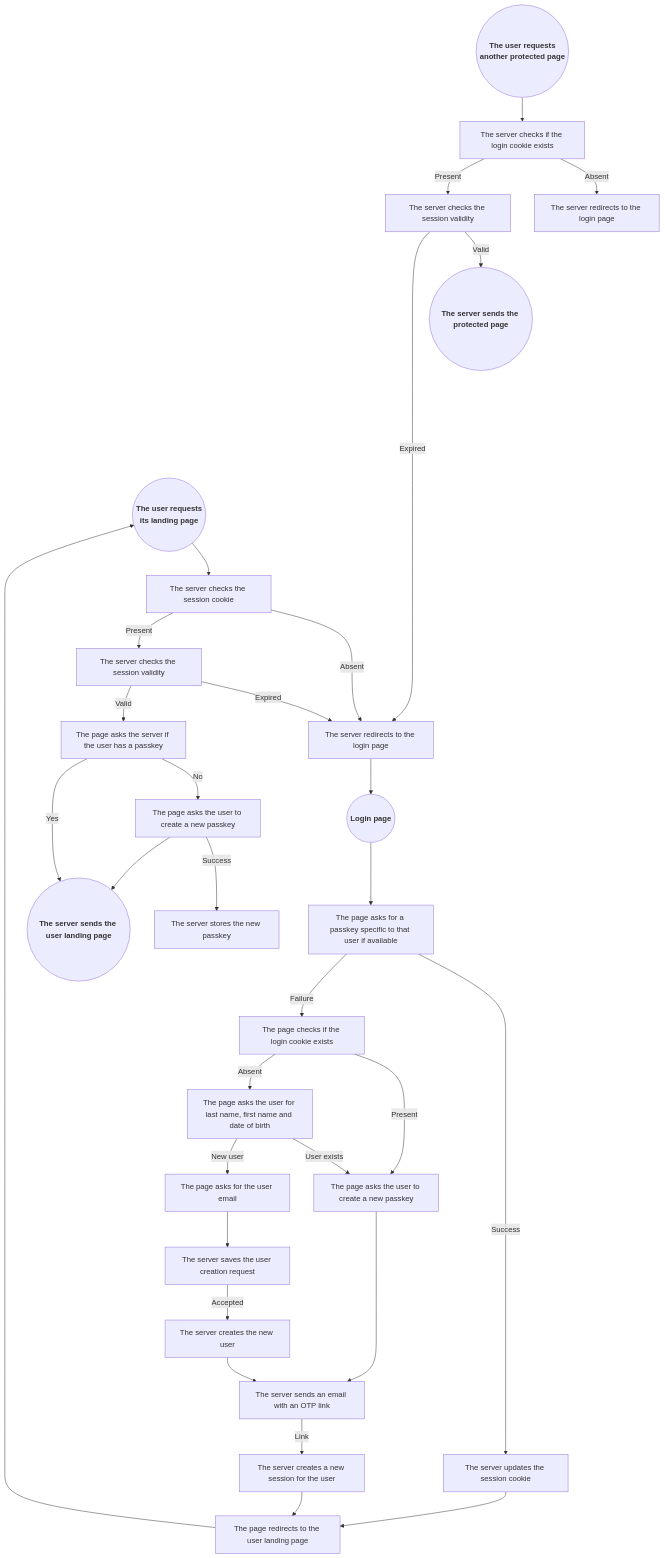
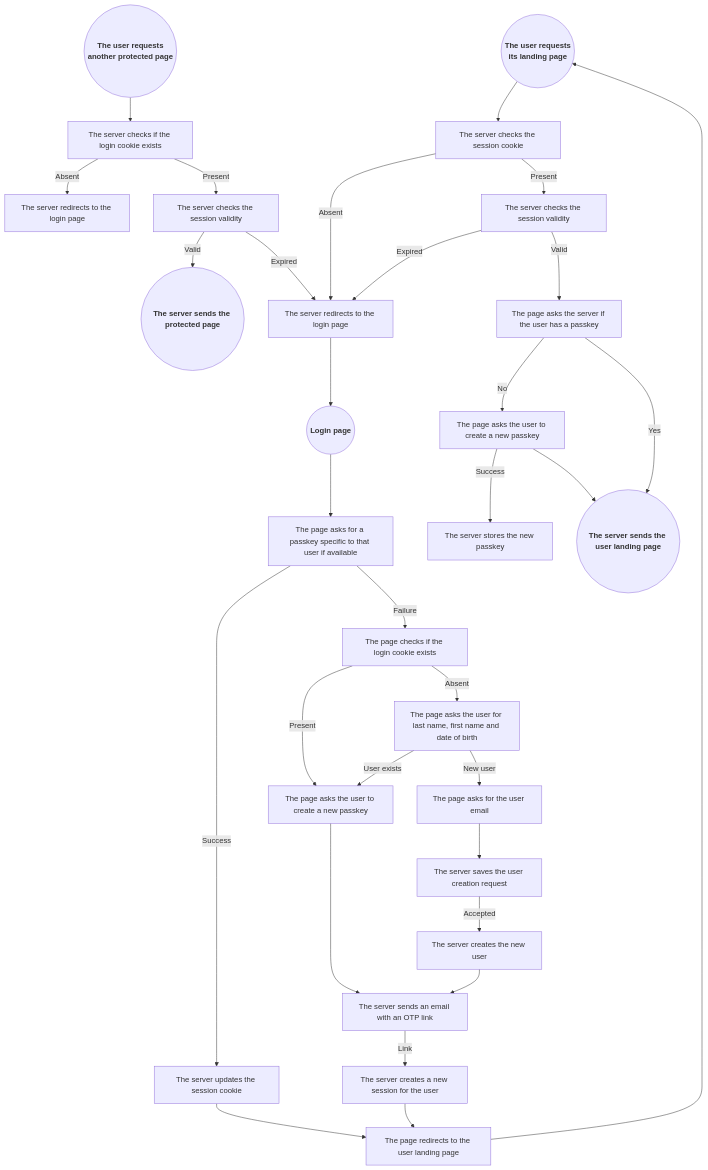
The diagram in README.md (programingjd/tiered_server), drawn with Mermaid before and after one commit.

````diff
--- a/README.md
+++ b/README.md
@@ -123,40 +123,40 @@
 ```mermaid
 graph TD;
   UserLandingPageRequest(("<b>The user requests<br>its landing page</b>"))
   ProtectedPageRequest(("<b>The user requests<br>another protected page</b>"))
   LoginPageRequest(("<b>Login page</b>"))
   
   ProtectedPageRequest-->QueryCookie1[The server checks if the login cookie exists]
   QueryCookie1-->|Absent|LoginPageRedirect1[The server redirects to the login page]
   QueryCookie1-->|Present|CheckSessionValidity1[The server checks the session validity]
   CheckSessionValidity1-->|Valid|ProtectedPageResponse(("<b>The server sends the protected page<b>"))
-  CheckSessionValidity1--------->|Expired|LoginPageRedirect
+  CheckSessionValidity1-->|Expired|LoginPageRedirect
 
   UserLandingPageRequest-->QueryCookie2[The server checks the session cookie]
   QueryCookie2--Absent-->LoginPageRedirect[The server redirects to the login page]
   QueryCookie2--Present-->CheckSessionValidity2[The server checks the session validity]
   CheckSessionValidity2-->|Expired|LoginPageRedirect
   CheckSessionValidity2-->|Valid|QueryExistingPasskey2[The page asks the server if the user has a passkey]
   QueryExistingPasskey2-->|No|NewPasskeyPrompt2[The page asks the user to create a new passkey]
   QueryExistingPasskey2-->|Yes|UserLandingPageResponse(("<b>The server sends the user landing page<b>"))
   NewPasskeyPrompt2-->|Success|NewPasskeyStore2[The server stores the new passkey]
   NewPasskeyPrompt2-->UserLandingPageResponse
 
   LoginPageRequest-->QueryPasskey[The page asks for a passkey specific to that user if available]
   QueryPasskey-->|Success|SessionCookieUpdate[The server updates the session cookie]
   SessionCookieUpdate-->UserLandingPageRedirect[The page redirects to the user landing page]
   QueryPasskey-->|Failure|QueryCookie3[The page checks if the login cookie exists]
   QueryCookie3-->|Present|NewPasskeyPrompt3[The page asks the user to create a new passkey]
   QueryCookie3-->|Absent|UserForm[The page asks the user for last name, first name and date of birth]
   UserForm-->|User exists|NewPasskeyPrompt3
   NewPasskeyPrompt3-->EmailOTP[The server sends an email with an OTP link]
   EmailOTP-->|Link|NewSession[The server creates a new session for the user]
   NewSession-->UserLandingPageRedirect
   UserForm-->|New user|NewUser[The page asks for the user email]
   NewUser-->UserModeration[The server saves the user creation request]
   UserModeration-->|Accepted|UserCreation[The server creates the new user]
   UserCreation-->EmailOTP
   
   UserLandingPageRedirect-->UserLandingPageRequest
   LoginPageRedirect-->LoginPageRequest
 ```
````
